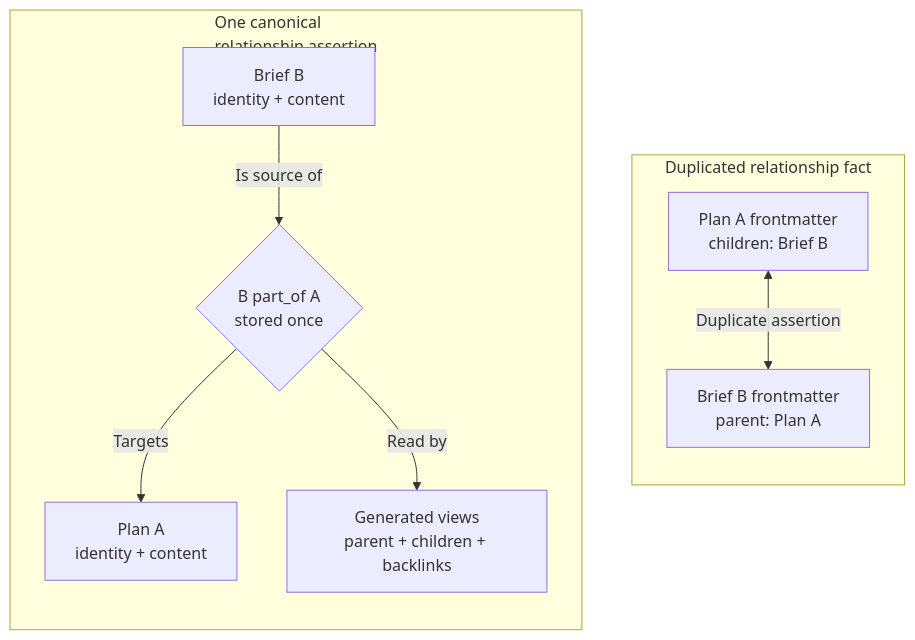
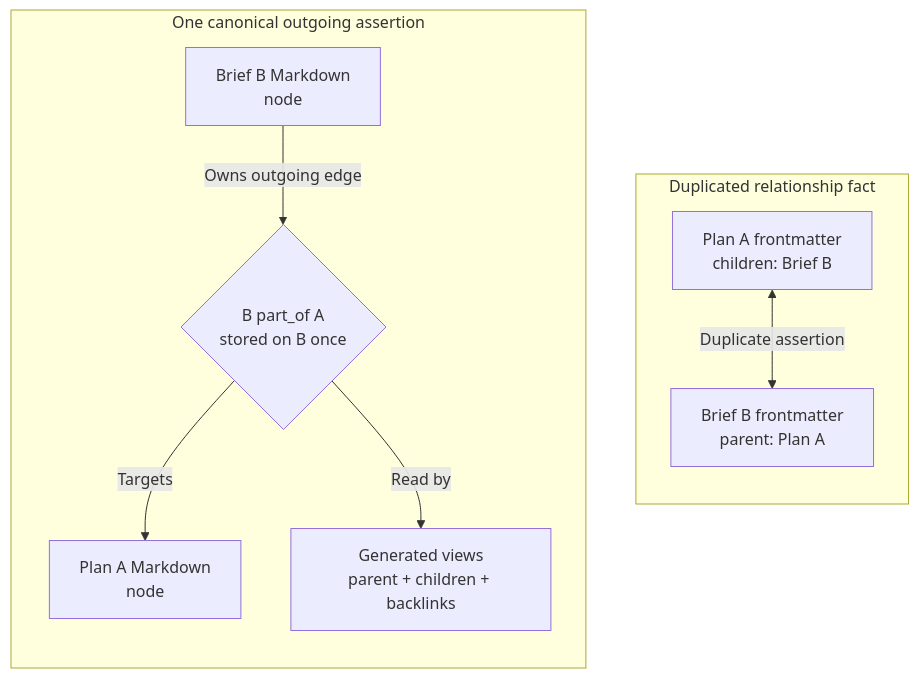
One commit to owensantoso/AGENT-DOCS changed the second of 8 diagrams in agent-continuity/ideas/IDEA-0003-federated-document-library-and-relationship-graph.md. Above: the diagram before and after it, drawn with Mermaid. The commit also changed other lines of this file and 3 other files, not shown here.

Commit message:
Clarify graph storage and UUIDv7 direction

````diff
--- a/agent-continuity/ideas/IDEA-0003-federated-document-library-and-relationship-graph.md
+++ b/agent-continuity/ideas/IDEA-0003-federated-document-library-and-relationship-graph.md
@@ -112,20 +113,20 @@
 ```mermaid
 flowchart TD
     subgraph Duplicate["Duplicated relationship fact"]
         direction TB
         A1["Plan A frontmatter<br/>children: Brief B"]
         B1["Brief B frontmatter<br/>parent: Plan A"]
         A1 <-->|"Duplicate assertion"| B1
     end
 
-    subgraph Normalized["One canonical<br/>relationship assertion"]
+    subgraph Normalized["One canonical outgoing assertion"]
         direction TB
-        A2["Plan A<br/>identity + content"]
-        EDGE{"B part_of A<br/>stored once"}
-        B2["Brief B<br/>identity + content"]
+        A2["Plan A Markdown<br/>node"]
+        EDGE{"B part_of A<br/>stored on B once"}
+        B2["Brief B Markdown<br/>node"]
         VIEW["Generated views<br/>parent + children + backlinks"]
-        B2 -->|"Is source of"| EDGE
+        B2 -->|"Owns outgoing edge"| EDGE
         EDGE -->|"Targets"| A2
         EDGE -->|"Read by"| VIEW
     end
 ```
````
